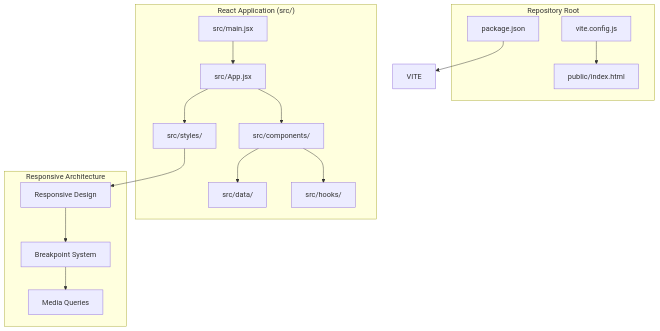
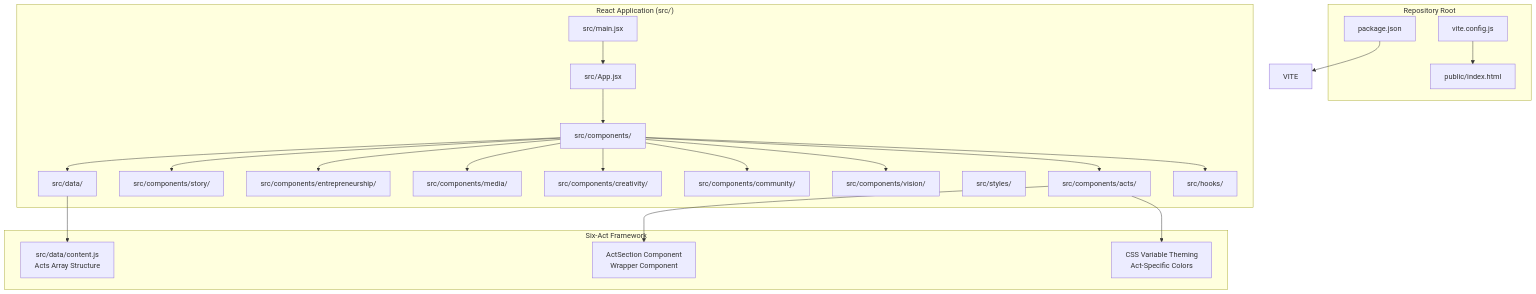
Before and after one commit to rakeshmaity271/frankie-picasso: the first of 12 diagrams in .qoder/repowiki/en/content/Application Architecture.md, drawn with Mermaid. The commit also changed other lines of this file and 18 other files, not shown here.

Commit message:
Update Nav component, styles, and repowiki docs

````diff
--- a/.qoder/repowiki/en/content/Application Architecture.md
+++ b/.qoder/repowiki/en/content/Application Architecture.md
@@ -59,31 +72,44 @@
 ```mermaid
 graph TB
 subgraph "Repository Root"
 PJSON["package.json"]
 VCFG["vite.config.js"]
 PUBLIC["public/index.html"]
 end
 subgraph "React Application (src/)"
 MAIN["src/main.jsx"]
 APP["src/App.jsx"]
 COMPONENTS["src/components/"]
+ACTS["src/components/acts/"]
+STORIES["src/components/story/"]
+ENTREPRENEURSHIP["src/components/entrepreneurship/"]
+MEDIA["src/components/media/"]
+CREATIVITY["src/components/creativity/"]
+COMMUNITY["src/components/community/"]
+VISION["src/components/vision/"]
 STYLES["src/styles/"]
 DATA["src/data/"]
 HOOKS["src/hooks/"]
 end
-subgraph "Responsive Architecture"
-RESPONSIVE["Responsive Design"]
-BREAKPOINTS["Breakpoint System"]
-MEDIAQUERIES["Media Queries"]
+subgraph "Six-Act Framework"
+CONTENT["src/data/content.js<br/>Acts Array Structure"]
+ACTSECTION["ActSection Component<br/>Wrapper Component"]
+THEME["CSS Variable Theming<br/>Act-Specific Colors"]
 end
 PJSON --> VITE
 VCFG --> PUBLIC
 MAIN --> APP
 APP --> COMPONENTS
-APP --> STYLES
+COMPONENTS --> ACTS
+COMPONENTS --> STORIES
+COMPONENTS --> ENTREPRENEURSHIP
+COMPONENTS --> MEDIA
+COMPONENTS --> CREATIVITY
+COMPONENTS --> COMMUNITY
+COMPONENTS --> VISION
 COMPONENTS --> DATA
 COMPONENTS --> HOOKS
-STYLES --> RESPONSIVE
-RESPONSIVE --> BREAKPOINTS
-BREAKPOINTS --> MEDIAQUERIES
+DATA --> CONTENT
+ACTS --> ACTSECTION
+ACTS --> THEME
 ```
````
